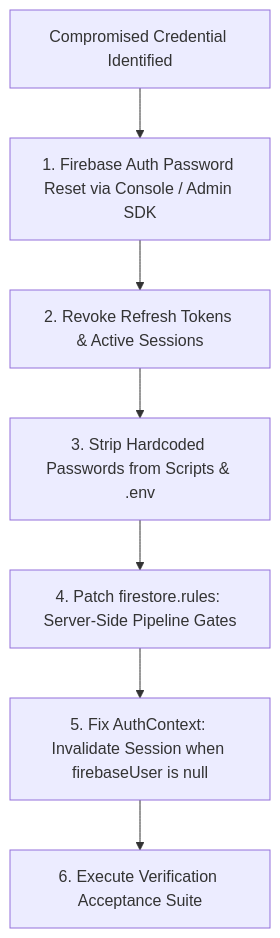
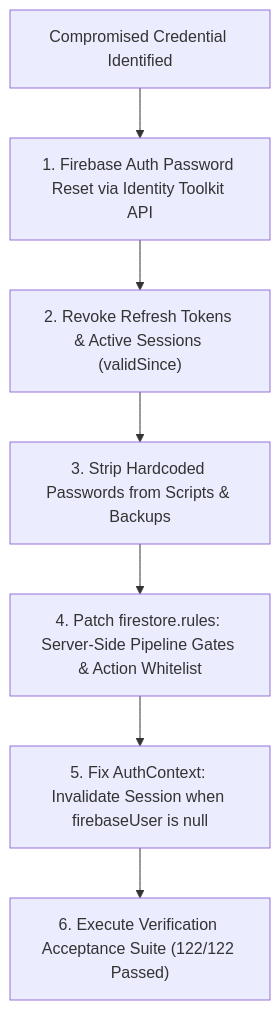
The diagram in docs/PHASE_2_SECURITY_FOLLOWUP.md (mirrorsolarvision-ctrl/mirrorsolarcrm), drawn with Mermaid before and after one commit. The commit also changed other lines of this file and 10 other files, not shown here.

Commit message:
fix(security-remediation-2.1-r): remediate DEF-009 to DEF-012 - kyc upload auth, trusted payment verification cloud function, dealer uid binding, and call-log identity protection

````diff
--- a/docs/PHASE_2_SECURITY_FOLLOWUP.md
+++ b/docs/PHASE_2_SECURITY_FOLLOWUP.md
@@ -223,9 +223,9 @@
 ```mermaid
 flowchart TD
-    A["Compromised Credential Identified"] --> B["1. Firebase Auth Password Reset via Console / Admin SDK"]
-    B --> C["2. Revoke Refresh Tokens & Active Sessions"]
-    C --> D["3. Strip Hardcoded Passwords from Scripts & .env"]
-    D --> E["4. Patch firestore.rules: Server-Side Pipeline Gates"]
+    A["Compromised Credential Identified"] --> B["1. Firebase Auth Password Reset via Identity Toolkit API"]
+    B --> C["2. Revoke Refresh Tokens & Active Sessions (validSince)"]
+    C --> D["3. Strip Hardcoded Passwords from Scripts & Backups"]
+    D --> E["4. Patch firestore.rules: Server-Side Pipeline Gates & Action Whitelist"]
     E --> F["5. Fix AuthContext: Invalidate Session when firebaseUser is null"]
-    F --> G["6. Execute Verification Acceptance Suite"]
+    F --> G["6. Execute Verification Acceptance Suite (122/122 Passed)"]
 ```
````
